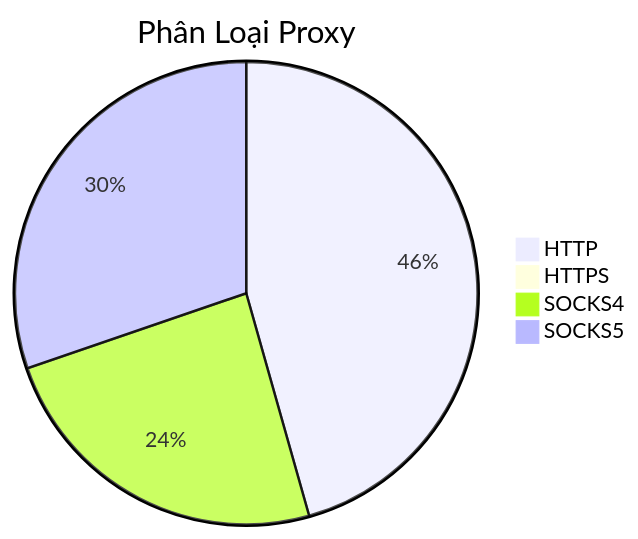
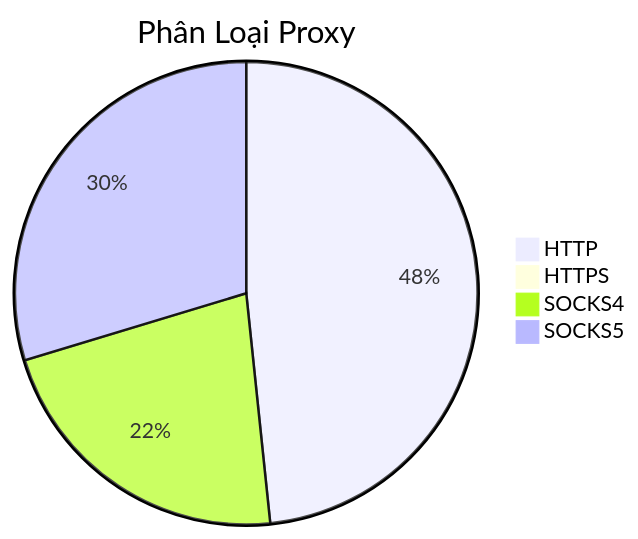
Before and after one commit to Ciara-12/PROXY-free: the diagram in README.md, drawn with Mermaid. The commit also changed other lines of this file and 3 other files, not shown here.

````diff
--- a/README.md
+++ b/README.md
@@ -26,7 +26,7 @@
 ```mermaid
 pie title Phân Loại Proxy
-    "HTTP" : 692
+    "HTTP" : 671
     "HTTPS" : 0
-    "SOCKS4" : 366
-    "SOCKS5" : 459
+    "SOCKS4" : 305
+    "SOCKS5" : 412
 ```
````
